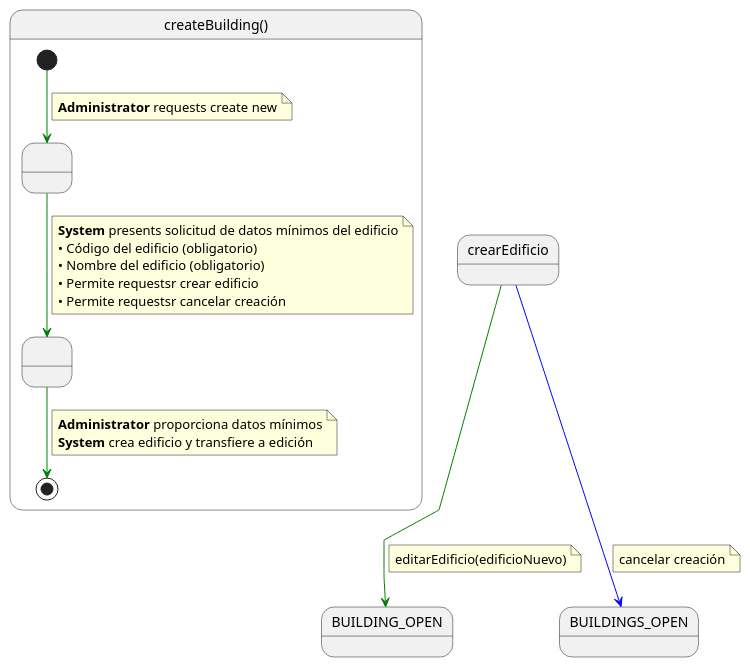
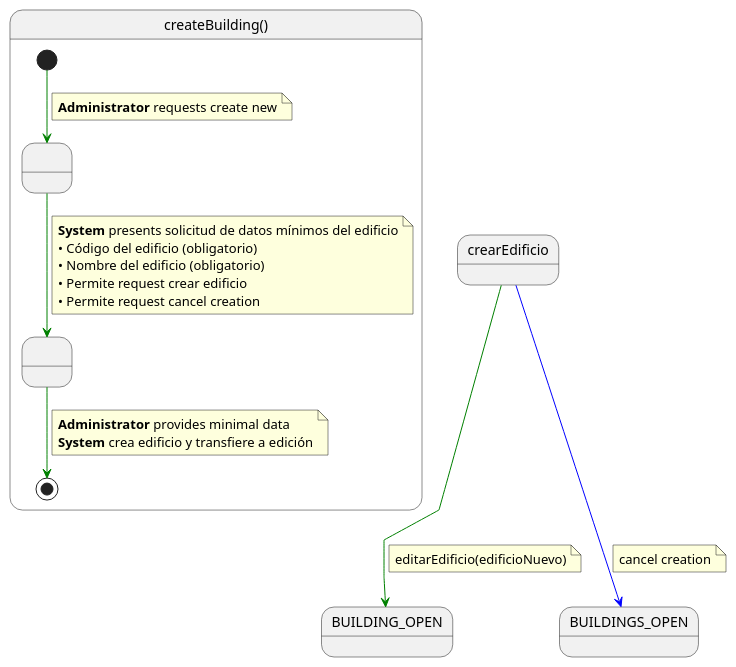
Before and after one commit to mmasias/pySigHor: the diagram in RUP/00-casos-uso/02-detalle/crearEdificio/especificacion.puml, drawn with PlantUML. The commit also changed 34 other files, not shown here.

```diff
--- a/RUP/00-casos-uso/02-detalle/crearEdificio/especificacion.puml
+++ b/RUP/00-casos-uso/02-detalle/crearEdificio/especificacion.puml
@@ -1,41 +1,41 @@
 @startuml createBuilding
 
 skinparam linetype polyline
 
 state createBuilding as "createBuilding()" {
 
     state " " as RequestingData
-    state " " as CreandoEdificio
+    state " " as CreatingBuilding
 
     [*] -[#green]-> RequestingData 
     note on link
     <b>Administrator</b> requests create new
     end note    
     
-    RequestingData -[#green]-> CreandoEdificio
+    RequestingData -[#green]-> CreatingBuilding
     note on link
     <b>System</b> presents solicitud de datos mínimos del edificio
     • Código del edificio (obligatorio)
     • Nombre del edificio (obligatorio)
-    • Permite requestsr crear edificio
-    • Permite requestsr cancelar creación
+    • Permite request crear edificio
+    • Permite request cancel creation
     end note
     
-    CreandoEdificio -[#green]-> [*]
+    CreatingBuilding -[#green]-> [*]
     note on link
-    <b>Administrator</b> proporciona datos mínimos
+    <b>Administrator</b> provides minimal data
     <b>System</b> crea edificio y transfiere a edición
     end note
 }
 
 crearEdificio -[#green]-> BUILDING_OPEN
 note on link
 editarEdificio(edificioNuevo)
 end note
 
 crearEdificio -[#blue]-> BUILDINGS_OPEN
 note on link
-cancelar creación
+cancel creation
 end note
 
 @enduml
```
